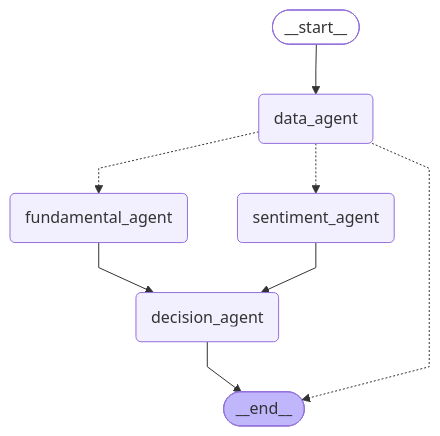
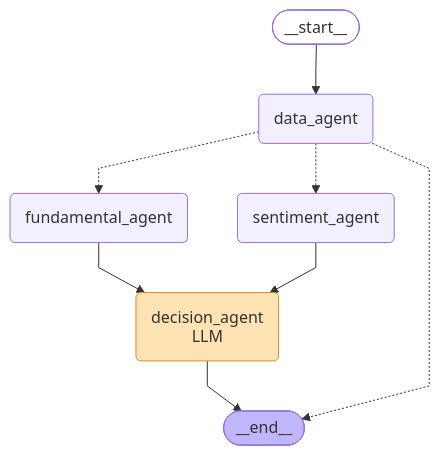
Before and after one commit to PCBZ/trade-compass: the diagram in bot/docs/workflow-single-stock.mmd, drawn with Mermaid. The commit also changed 3 other files, not shown here.

```diff
--- a/bot/docs/workflow-single-stock.mmd
+++ b/bot/docs/workflow-single-stock.mmd
@@ -1,22 +1,23 @@
 ---
 config:
   flowchart:
     curve: linear
 ---
 graph TD;
 	__start__([<p>__start__</p>]):::first
 	data_agent(data_agent)
 	fundamental_agent(fundamental_agent)
 	sentiment_agent(sentiment_agent)
-	decision_agent(decision_agent)
+	decision_agent("decision_agent<br/>LLM"):::llm
 	__end__([<p>__end__</p>]):::last
 	__start__ --> data_agent;
 	decision_agent --> __end__;
 	fundamental_agent --> decision_agent;
 	sentiment_agent --> decision_agent;
 	data_agent -.-> fundamental_agent;
 	data_agent -.-> sentiment_agent;
 	data_agent -.-> __end__;
 	classDef default fill:#f2f0ff,line-height:1.2
 	classDef first fill-opacity:0
 	classDef last fill:#bfb6fc
+	classDef llm fill:#ffe3b3,stroke:#e08a1e,line-height:1.2
```
